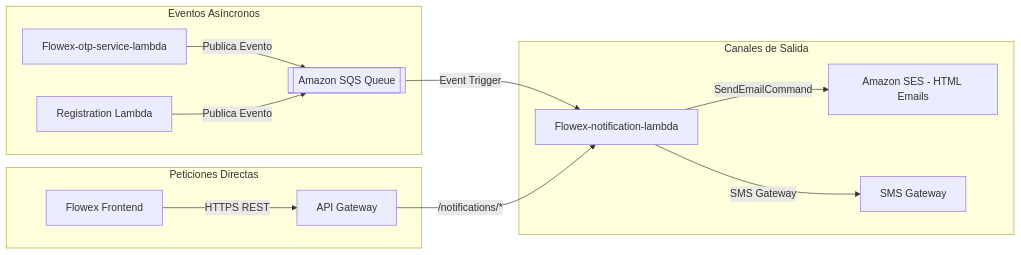
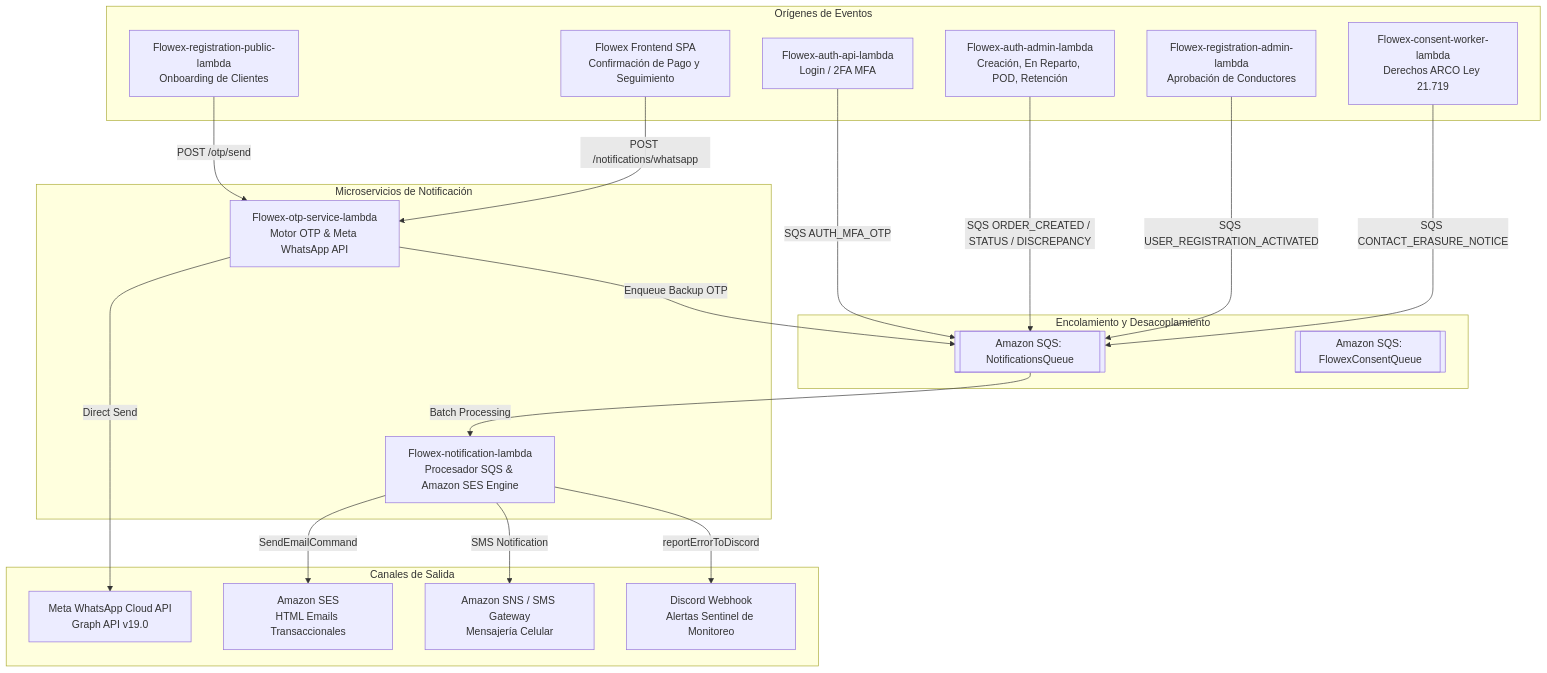
Before and after one commit to start-level-cl/Flowex-api-docs: the diagram in docs-src/notifications-ses.md, drawn with Mermaid. The commit also changed other lines of this file and 23 other files, not shown here.

Commit message:
docs: documentar catalogo integral de notificaciones multicanal (Meta WhatsApp, SES, SMS, SQS, Discord)

````diff
--- a/docs-src/notifications-ses.md
+++ b/docs-src/notifications-ses.md
@@ -9,19 +15,43 @@
 ```mermaid
-graph LR
-    subgraph Eventos Asíncronos
-        OTPService[Flowex-otp-service-lambda] -->|Publica Evento| SQSQueue[[Amazon SQS Queue]]
-        RegLambda[Registration Lambda] -->|Publica Evento| SQSQueue
+graph TB
+    subgraph Orígenes de Eventos
+        Auth[Flowex-auth-api-lambda<br>Login / 2FA MFA]
+        Orders[Flowex-auth-admin-lambda<br>Creación, En Reparto, POD, Retención]
+        RegPublic[Flowex-registration-public-lambda<br>Onboarding de Clientes]
+        RegAdmin[Flowex-registration-admin-lambda<br>Aprobación de Conductores]
+        Frontend[Flowex Frontend SPA<br>Confirmación de Pago y Seguimiento]
+        Consent[Flowex-consent-worker-lambda<br>Derechos ARCO Ley 21.719]
     end
 
-    subgraph Peticiones Directas
-        Frontend[Flowex Frontend] -->|HTTPS REST| APIGW[API Gateway]
+    subgraph Encolamiento y Desacoplamiento
+        SQSNotif[[Amazon SQS: NotificationsQueue]]
+        SQSConsent[[Amazon SQS: FlowexConsentQueue]]
     end
 
-    SQSQueue -->|Event Trigger| NotifLambda[Flowex-notification-lambda]
-    APIGW -->|/notifications/*| NotifLambda
+    subgraph Microservicios de Notificación
+        OTPService[Flowex-otp-service-lambda<br>Motor OTP & Meta WhatsApp API]
+        NotifWorker[Flowex-notification-lambda<br>Procesador SQS & Amazon SES Engine]
+    end
 
     subgraph Canales de Salida
-        NotifLambda -->|SendEmailCommand| SES[Amazon SES - HTML Emails]
-        NotifLambda -->|SMS Gateway| SMS[SMS Gateway]
+        MetaCloud[Meta WhatsApp Cloud API<br>Graph API v19.0]
+        AmazonSES[Amazon SES<br>HTML Emails Transaccionales]
+        AmazonSNS[Amazon SNS / SMS Gateway<br>Mensajería Celular]
+        DiscordWebhook[Discord Webhook<br>Alertas Sentinel de Monitoreo]
     end
+
+    Auth -->|SQS AUTH_MFA_OTP| SQSNotif
+    Orders -->|SQS ORDER_CREATED / STATUS / DISCREPANCY| SQSNotif
+    RegPublic -->|POST /otp/send| OTPService
+    RegAdmin -->|SQS USER_REGISTRATION_ACTIVATED| SQSNotif
+    Frontend -->|POST /notifications/whatsapp| OTPService
+    Consent -->|SQS CONTACT_ERASURE_NOTICE| SQSNotif
+
+    OTPService -->|Direct Send| MetaCloud
+    OTPService -->|Enqueue Backup OTP| SQSNotif
+
+    SQSNotif -->|Batch Processing| NotifWorker
+    NotifWorker -->|SendEmailCommand| AmazonSES
+    NotifWorker -->|SMS Notification| AmazonSNS
+    NotifWorker -->|reportErrorToDiscord| DiscordWebhook
 ```
````
